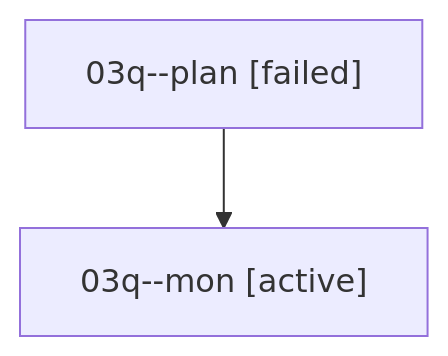
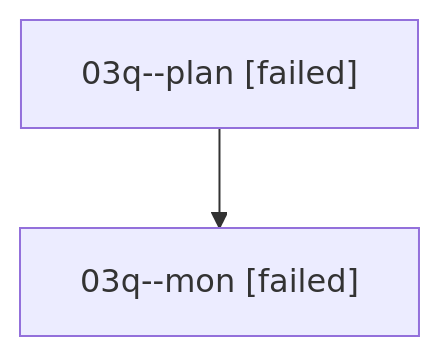
The diagram in sessions/bbugyi200.athena.03q.md (sase-org/sase--agents), drawn with Mermaid before and after one commit. The commit also changed other lines of this file and 6 other files, not shown here.

````diff
--- a/sessions/bbugyi200.athena.03q.md
+++ b/sessions/bbugyi200.athena.03q.md
@@ -9,6 +9,6 @@
 ```mermaid
 flowchart TD
   n0["03q--plan [failed]"]
-  n1["03q--mon [active]"]
+  n1["03q--mon [failed]"]
   n0 --> n1
 ```
````
